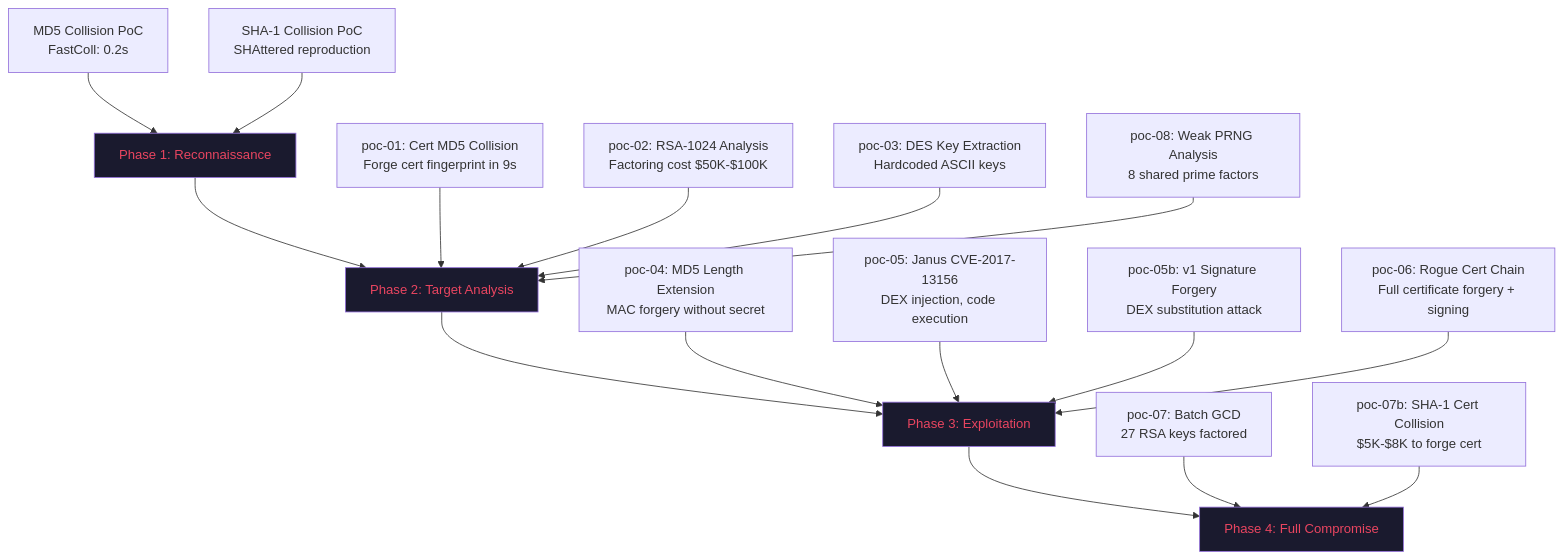
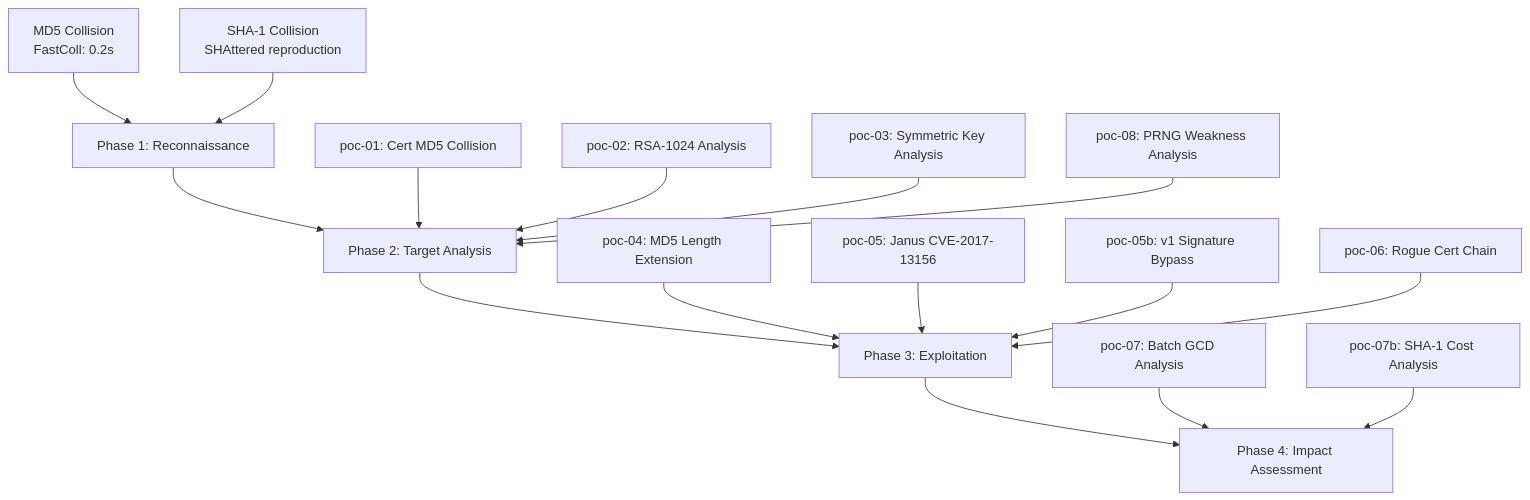
Before and after one commit to sgInnora/hash-collision-lab: the diagram in README.md, drawn with Mermaid. The commit also changed other lines of this file and 11 other files, not shown here.

````diff
--- a/README.md
+++ b/README.md
@@ -30,27 +41,22 @@
 ```mermaid
 graph TD
     A[Phase 1: Reconnaissance] --> B[Phase 2: Target Analysis]
     B --> C[Phase 3: Exploitation]
-    C --> D[Phase 4: Full Compromise]
+    C --> D[Phase 4: Impact Assessment]
 
-    A1[MD5 Collision PoC<br/>FastColl: 0.2s] --> A
-    A2[SHA-1 Collision PoC<br/>SHAttered reproduction] --> A
+    A1[MD5 Collision<br/>FastColl: 0.2s] --> A
+    A2[SHA-1 Collision<br/>SHAttered reproduction] --> A
 
-    B1[poc-01: Cert MD5 Collision<br/>Forge cert fingerprint in 9s] --> B
-    B2[poc-02: RSA-1024 Analysis<br/>Factoring cost $50K-$100K] --> B
-    B3[poc-03: DES Key Extraction<br/>Hardcoded ASCII keys] --> B
-    B4[poc-08: Weak PRNG Analysis<br/>8 shared prime factors] --> B
+    B1[poc-01: Cert MD5 Collision] --> B
+    B2[poc-02: RSA-1024 Analysis] --> B
+    B3[poc-03: Symmetric Key Analysis] --> B
+    B4[poc-08: PRNG Weakness Analysis] --> B
 
-    C1[poc-04: MD5 Length Extension<br/>MAC forgery without secret] --> C
-    C2[poc-05: Janus CVE-2017-13156<br/>DEX injection, code execution] --> C
-    C3[poc-05b: v1 Signature Forgery<br/>DEX substitution attack] --> C
-    C4[poc-06: Rogue Cert Chain<br/>Full certificate forgery + signing] --> C
+    C1[poc-04: MD5 Length Extension] --> C
+    C2[poc-05: Janus CVE-2017-13156] --> C
+    C3[poc-05b: v1 Signature Bypass] --> C
+    C4[poc-06: Rogue Cert Chain] --> C
 
-    D1[poc-07: Batch GCD<br/>27 RSA keys factored] --> D
-    D2[poc-07b: SHA-1 Cert Collision<br/>$5K-$8K to forge cert] --> D
-
-    style A fill:#1a1a2e,color:#e94560
-    style B fill:#1a1a2e,color:#e94560
-    style C fill:#1a1a2e,color:#e94560
-    style D fill:#1a1a2e,color:#e94560
+    D1[poc-07: Batch GCD Analysis] --> D
+    D2[poc-07b: SHA-1 Cost Analysis] --> D
 ```
````
